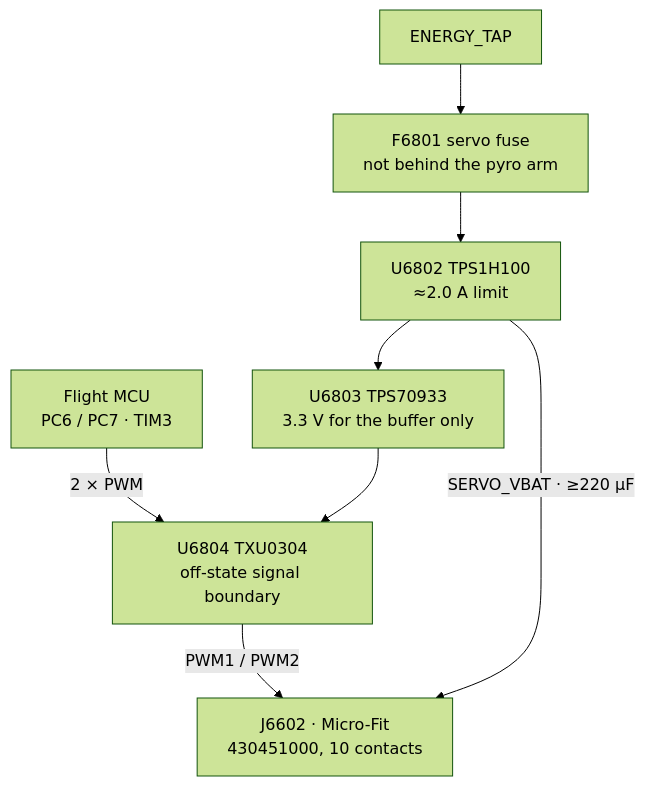
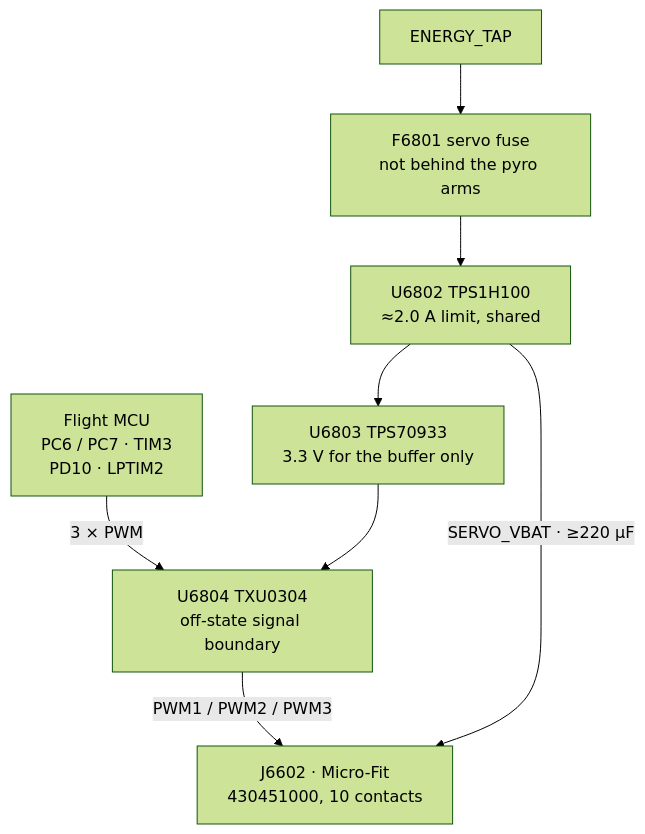
The diagram in docs/architecture/04-servos.md (ULAS-HiPR/Ogma2), drawn with Mermaid (forest theme) before and after one commit. The commit also changed other lines of this file and 14 other files, not shown here.

````diff
--- a/docs/architecture/04-servos.md
+++ b/docs/architecture/04-servos.md
@@ -8,16 +8,17 @@
 ```mermaid
 flowchart TB
   T["ENERGY_TAP"] --> FU["F6801 servo fuse
-not behind the pyro arm"]
+not behind the pyro arms"]
   FU --> W["U6802 TPS1H100
-≈2.0 A limit"]
+≈2.0 A limit, shared"]
   W --> L["U6803 TPS70933
 3.3 V for the buffer only"]
   F["Flight MCU
-PC6 / PC7 · TIM3"] -->|"2 × PWM"| B["U6804 TXU0304
+PC6 / PC7 · TIM3
+PD10 · LPTIM2"] -->|"3 × PWM"| B["U6804 TXU0304
 off-state signal boundary"]
   L --> B
-  B -->|"PWM1 / PWM2"| J["J6602 · Micro-Fit
+  B -->|"PWM1 / PWM2 / PWM3"| J["J6602 · Micro-Fit
 430451000, 10 contacts"]
   W -->|"SERVO_VBAT · ≥220 µF"| J
 ```
````
